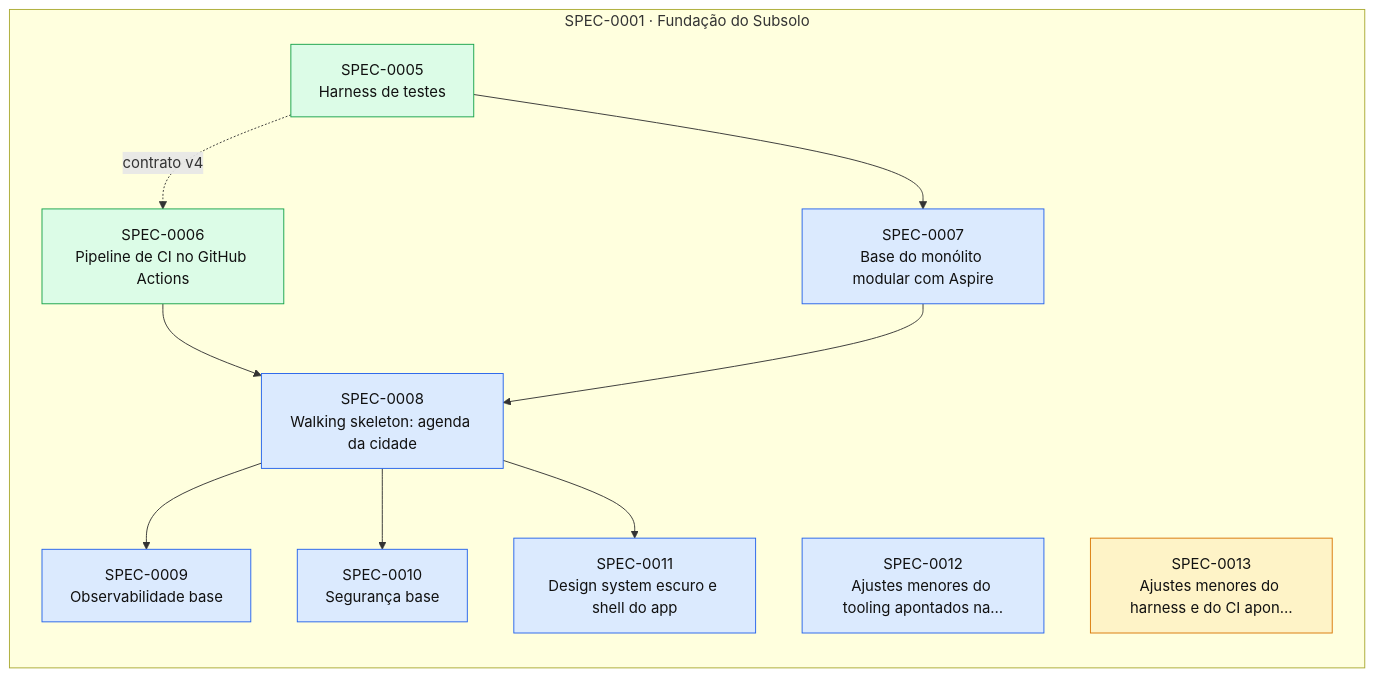
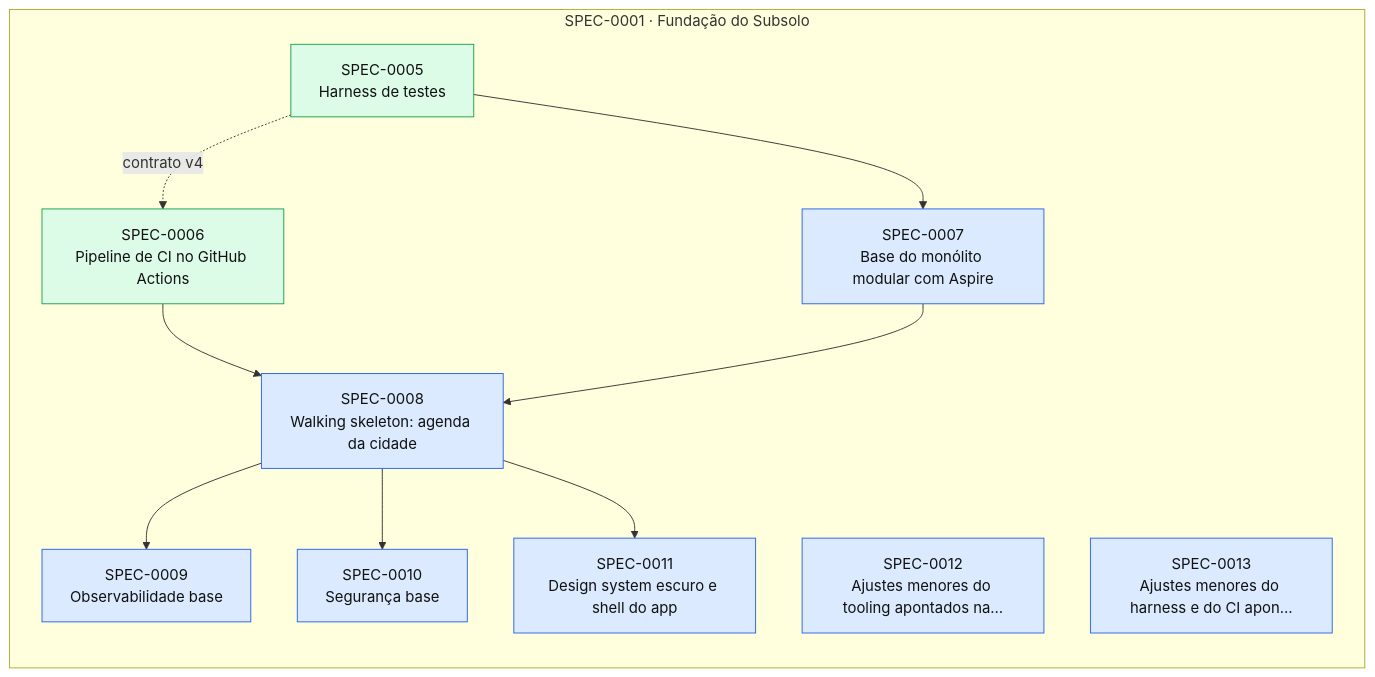
One commit to thomasravache/subsolo changed the diagram in docs/specs/INDEX.md. Above: the diagram before and after it, drawn with Mermaid. The commit also changed other lines of this file and 1 other file, not shown here.

First line of the commit message:
docs(sdd): approve SPEC-0013 under delegated autopilot authorization

````diff
--- a/docs/specs/INDEX.md
+++ b/docs/specs/INDEX.md
@@ -67,26 +67,26 @@
 ```mermaid
 flowchart LR
   subgraph E0001["SPEC-0001 · Fundação do Subsolo"]
     S0005["SPEC-0005<br/>Harness de testes"]:::implemented
     S0006["SPEC-0006<br/>Pipeline de CI no GitHub Actions"]:::implemented
     S0007["SPEC-0007<br/>Base do monólito modular com Aspire"]:::approved
     S0008["SPEC-0008<br/>Walking skeleton: agenda da cidade"]:::approved
     S0009["SPEC-0009<br/>Observabilidade base"]:::approved
     S0010["SPEC-0010<br/>Segurança base"]:::approved
     S0011["SPEC-0011<br/>Design system escuro e shell do app"]:::approved
     S0012["SPEC-0012<br/>Ajustes menores do tooling apontados na…"]:::approved
-    S0013["SPEC-0013<br/>Ajustes menores do harness e do CI apon…"]:::proposed
+    S0013["SPEC-0013<br/>Ajustes menores do harness e do CI apon…"]:::approved
   end
   S0005 -. contrato v4 .-> S0006
   S0005 --> S0007
   S0006 --> S0008
   S0007 --> S0008
   S0008 --> S0009
   S0008 --> S0010
   S0008 --> S0011
   classDef proposed fill:#fef3c7,stroke:#d97706,color:#111
   classDef approved fill:#dbeafe,stroke:#2563eb,color:#111
   classDef inprogress fill:#ede9fe,stroke:#7c3aed,color:#111
   classDef implemented fill:#dcfce7,stroke:#16a34a,color:#111
   classDef deprecated fill:#f3f4f6,stroke:#9ca3af,color:#6b7280
 ```
````
